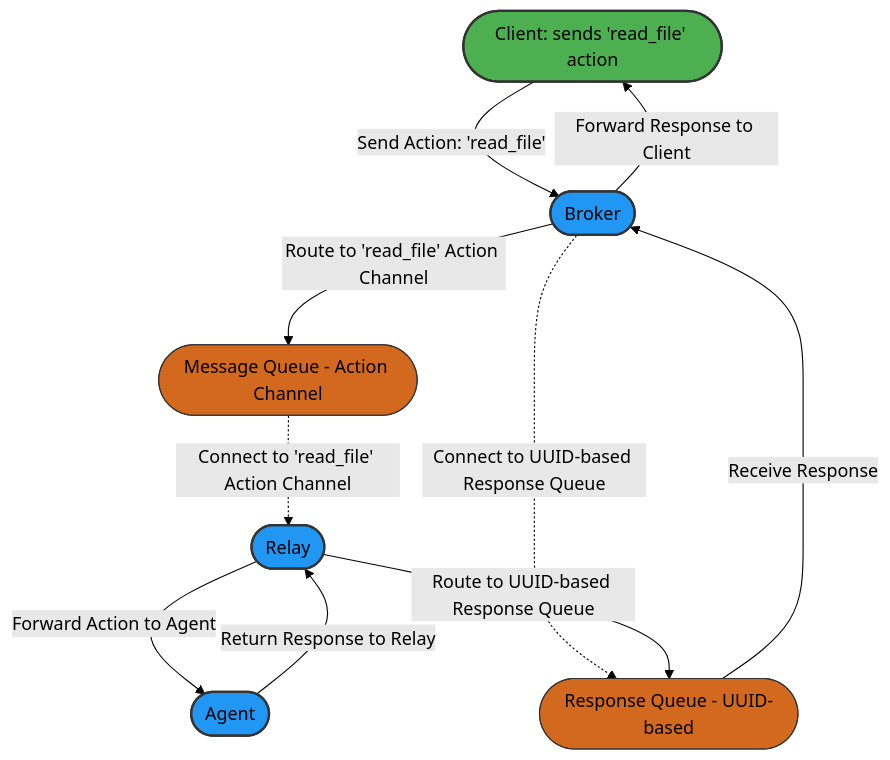
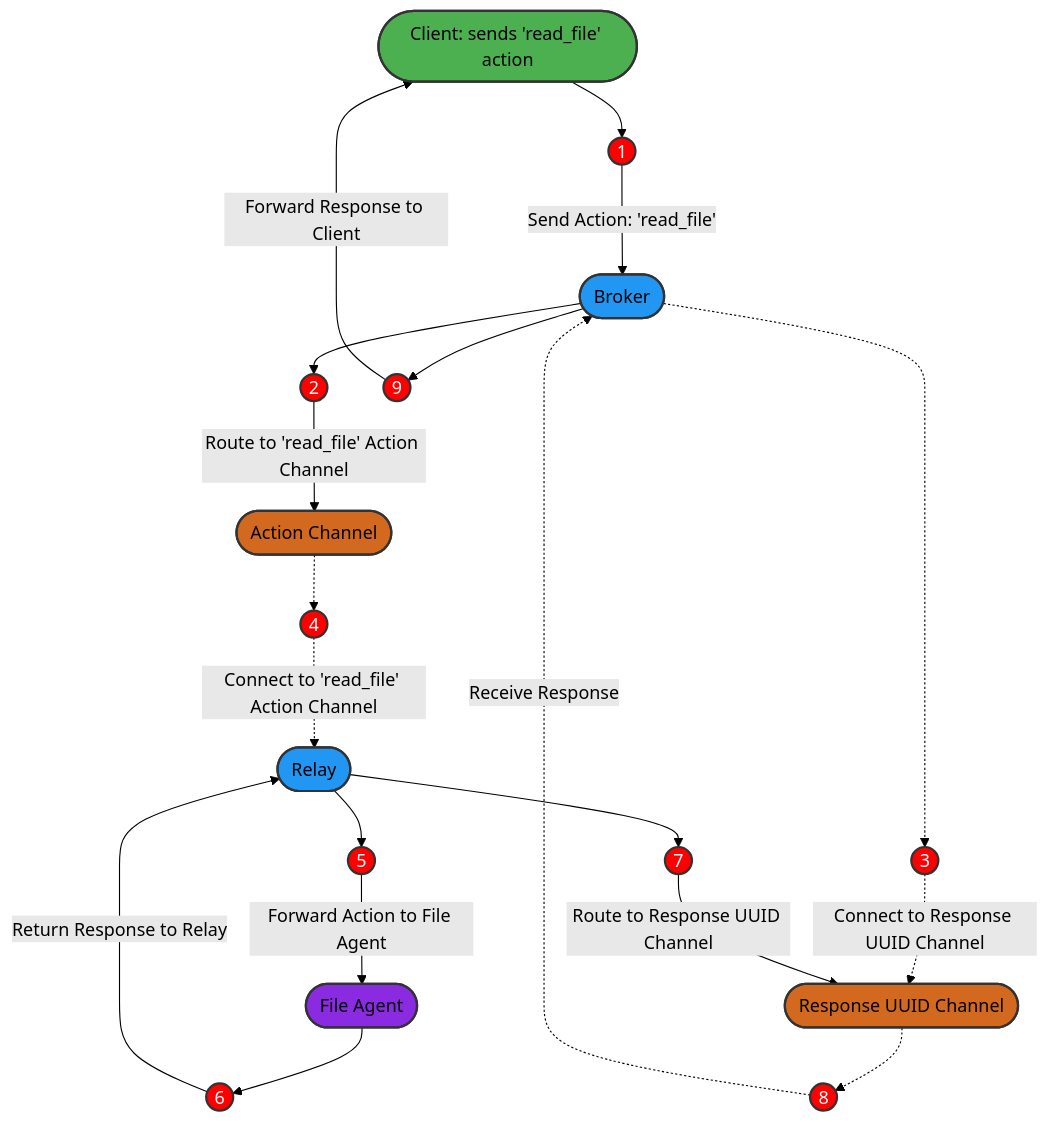
One commit to wabee-ai/agenet changed the diagram in README.md. Above: the diagram before and after it, drawn with Mermaid (forest theme).

Commit message:
Update flowchart elements and connections for improved visualization and clarity. Add new steps with circular style nodes to represent the process flow in a more structured manner.

````diff
--- a/README.md
+++ b/README.md
@@ -63,39 +63,56 @@
 ```mermaid
 flowchart TB
-    %% Define nodes
     Client([Client: sends 'read_file' action]):::client
     Broker([Broker]):::component
     Relay([Relay]):::component
-    Agent([Agent]):::component
+    Agent([File Agent]):::externalAgent
     
-    %% Define queues
-    MessageQueue([Message Queue - Action Channel]):::queue
-    ResponseQueue([Response Queue - UUID-based]):::queue
+    ActionChannel([Action Channel]):::queue
+    ResponseUUIDChannel([Response UUID Channel]):::queue
 
-    %% Define edges with labels
-    Client -->|Send Action: 'read_file'| Broker
-    Broker -->|Route to 'read_file' Action Channel| MessageQueue
-    
-    %% Connections instead of sending arrows for persistent listening connections
-    Broker -.->|Connect to UUID-based Response Queue| ResponseQueue
-    MessageQueue -.->|Connect to 'read_file' Action Channel| Relay
-    
-    Relay -->|Forward Action to Agent| Agent
-    Agent -->|Return Response to Relay| Relay
-    Relay -->|Route to UUID-based Response Queue| ResponseQueue
-    ResponseQueue -->|Receive Response| Broker
-    Broker -->|Forward Response to Client| Client
+    %% Steps as separate nodes with circular style
+    Step1((1)):::step
+    Step2((2)):::step
+    Step3((3)):::step
+    Step4((4)):::step
+    Step5((5)):::step
+    Step6((6)):::step
+    Step7((7)):::step
+    Step8((8)):::step
+    Step9((9)):::step
+
+    Client --> Step1
+    Step1 -->|Send Action: 'read_file'| Broker
+    Broker --> Step2
+    Step2 -->|Route to 'read_file' Action Channel| ActionChannel
+    Broker -.-> Step3
+    Step3 -.->|Connect to Response UUID Channel| ResponseUUIDChannel
+    ActionChannel -.-> Step4
+    Step4 -.->|Connect to 'read_file' Action Channel| Relay
+    Relay --> Step5
+    Step5 -->|Forward Action to File Agent| Agent
+    Agent --> Step6
+    Step6 -->|Return Response to Relay| Relay
+    Relay --> Step7
+    Step7 -->|Route to Response UUID Channel| ResponseUUIDChannel
+    ResponseUUIDChannel -.-> Step8
+    Step8 -.->|Receive Response| Broker
+    Broker --> Step9
+    Step9 -->|Forward Response to Client| Client
 
     %% Style definitions
     classDef client fill:#4CAF50,stroke:#333,stroke-width:2px;
     classDef component fill:#2196F3,stroke:#333,stroke-width:2px;
-    classDef queue fill:#D2691E,stroke:#333,stroke-width:2px;  %% Darker brown-orange for better contrast
-    
-    %% Apply styles to individual elements
+    classDef queue fill:#D2691E,stroke:#333,stroke-width:2px;
+    classDef externalAgent fill:#8A2BE2,stroke:#333,stroke-width:2px;
+    classDef step fill:#FF0000,stroke:#333,stroke-width:2px,color:#FFFFFF;
+
+    %% Apply styles
     class Client client;
     class Broker component;
     class Relay component;
-    class Agent component;
-    class MessageQueue queue;
-    class ResponseQueue queue;
+    class Agent externalAgent;
+    class ActionChannel queue;
+    class ResponseUUIDChannel queue;
+    class Step1,Step2,Step3,Step4,Step5,Step6,Step7,Step8,Step9 step;
 ```
````
